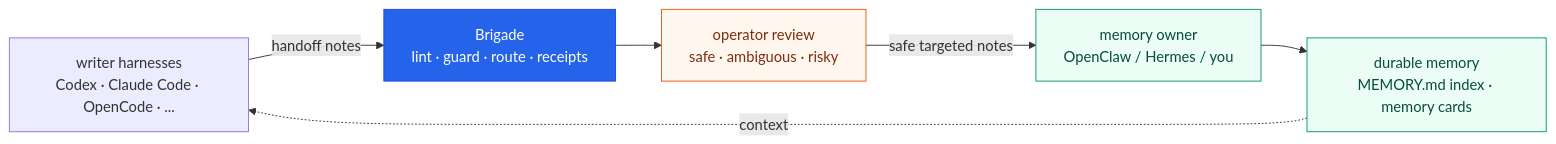
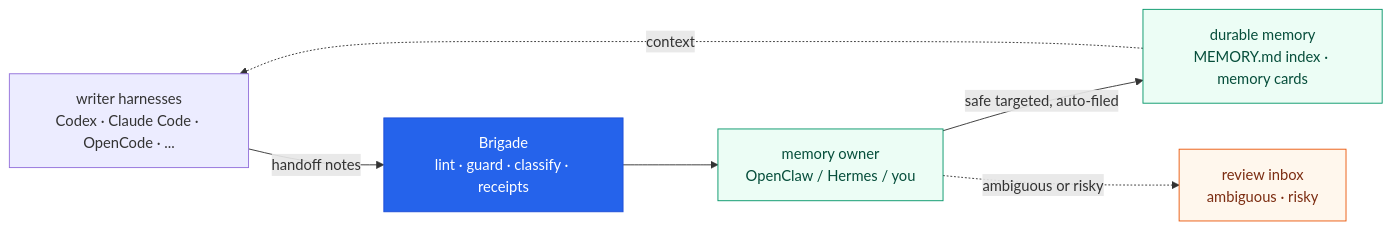
The diagram in README.md (escoffier-labs/brigade), drawn with Mermaid before and after one commit. The commit also changed other lines of this file and 4 other files, not shown here.

First line of the commit message:
docs: reframe memory promotion as auto-first, not human-in-review

````diff
--- a/README.md
+++ b/README.md
@@ -50,19 +50,20 @@
 ```mermaid
 flowchart LR
     WRITERS["writer harnesses<br/>Codex · Claude Code · OpenCode · ..."]
-    BRIGADE["Brigade<br/>lint · guard · route · receipts"]
-    REVIEW["operator review<br/>safe · ambiguous · risky"]
+    BRIGADE["Brigade<br/>lint · guard · classify · receipts"]
     OWNER["memory owner<br/>OpenClaw / Hermes / you"]
     MEM["durable memory<br/>MEMORY.md index · memory cards"]
+    REVIEW["review inbox<br/>ambiguous · risky"]
 
-    WRITERS -- handoff notes --> BRIGADE --> REVIEW
-    REVIEW -- safe targeted notes --> OWNER --> MEM
+    WRITERS -- handoff notes --> BRIGADE --> OWNER
+    OWNER -- safe targeted, auto-filed --> MEM
+    OWNER -. ambiguous or risky .-> REVIEW
     MEM -. context .-> WRITERS
 
     classDef brigade fill:#2563eb,stroke:#1d4ed8,color:#fff;
     classDef memory fill:#ecfdf5,stroke:#059669,color:#064e3b;
     classDef gate fill:#fff7ed,stroke:#ea580c,color:#7c2d12;
     class BRIGADE brigade;
     class OWNER,MEM memory;
     class REVIEW gate;
 ```
````
